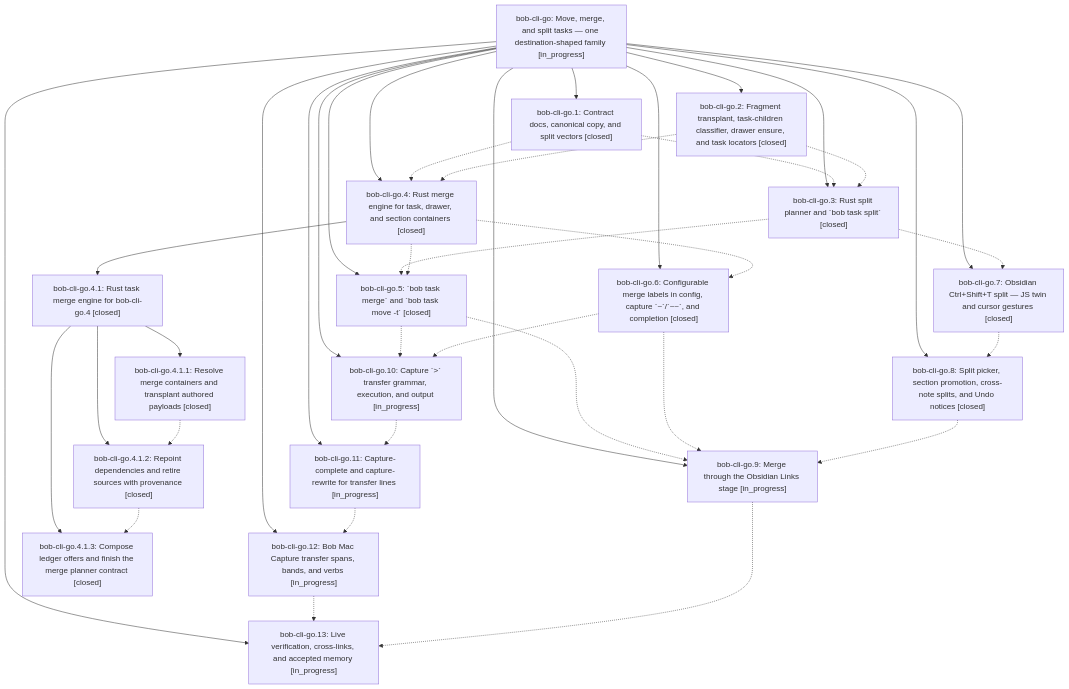
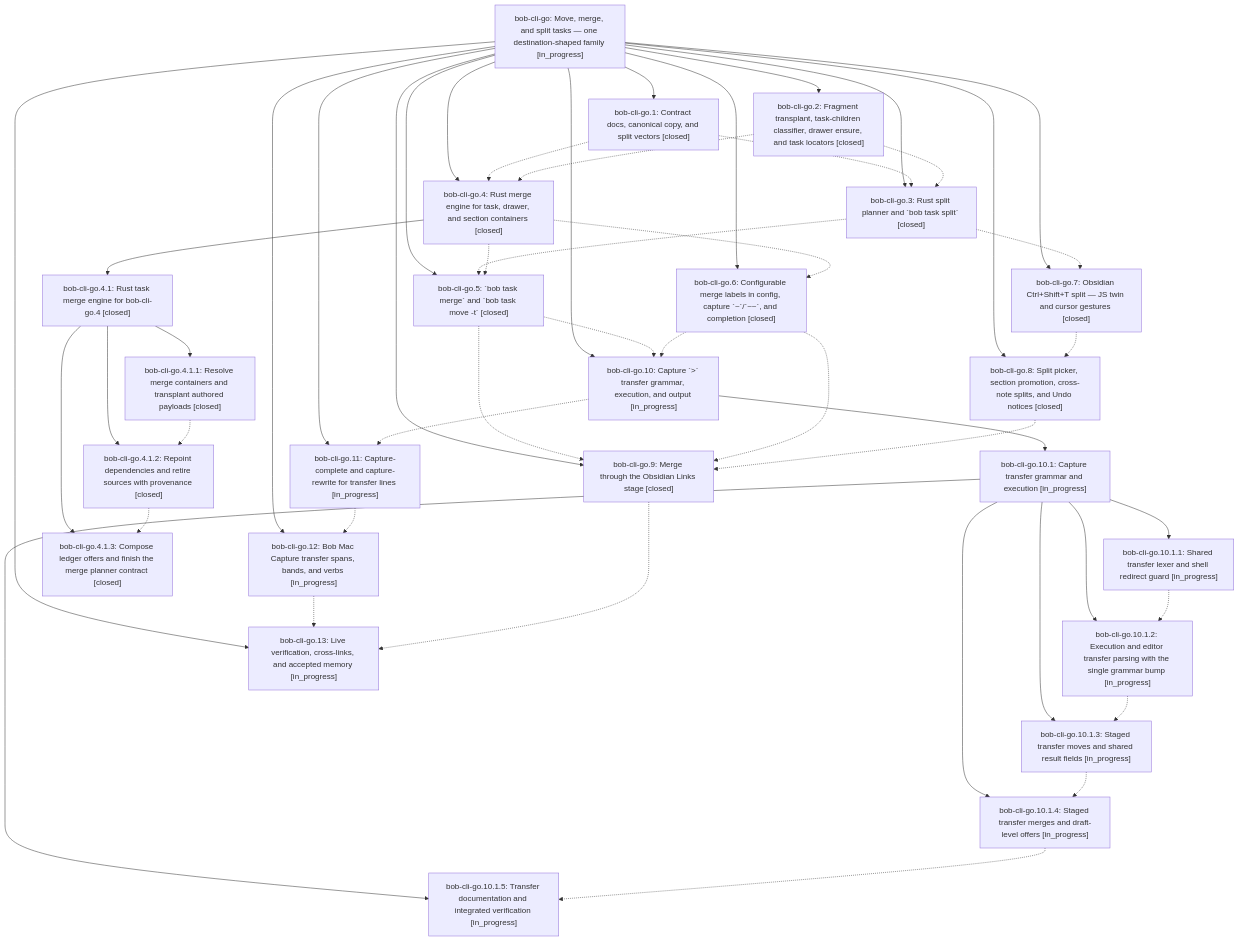
The diagram in pages/bob-cli-go/README.md (bobs-org/bob-cli--beads), drawn with Mermaid before and after one commit. The commit also changed other lines of this file and 15 other files, not shown here.

First line of the commit message:
chore(beads): sync bead state and pages for bob-cli-go

````diff
--- a/pages/bob-cli-go/README.md
+++ b/pages/bob-cli-go/README.md
@@ -64,58 +64,74 @@
 ```mermaid
 flowchart TD
     n0["bob-cli-go: Move, merge, and split tasks — one destination-shaped family [in_progress]"]
     n1["bob-cli-go.1: Contract docs, canonical copy, and split vectors [closed]"]
     n2["bob-cli-go.10: Capture `&gt;` transfer grammar, execution, and output [in_progress]"]
-    n3["bob-cli-go.11: Capture-complete and capture-rewrite for transfer lines [in_progress]"]
-    n4["bob-cli-go.12: Bob Mac Capture transfer spans, bands, and verbs [in_progress]"]
-    n5["bob-cli-go.13: Live verification, cross-links, and accepted memory [in_progress]"]
-    n6["bob-cli-go.2: Fragment transplant, task-children classifier, drawer ensure, and task locators [closed]"]
-    n7["bob-cli-go.3: Rust split planner and `bob task split` [closed]"]
-    n8["bob-cli-go.4: Rust merge engine for task, drawer, and section containers [closed]"]
-    n9["bob-cli-go.4.1: Rust task merge engine for bob-cli-go.4 [closed]"]
-    n10["bob-cli-go.4.1.1: Resolve merge containers and transplant authored payloads [closed]"]
-    n11["bob-cli-go.4.1.2: Repoint dependencies and retire sources with provenance [closed]"]
-    n12["bob-cli-go.4.1.3: Compose ledger offers and finish the merge planner contract [closed]"]
-    n13["bob-cli-go.5: `bob task merge` and `bob task move -t` [closed]"]
-    n14["bob-cli-go.6: Configurable merge labels in config, capture `~`/`~~`, and completion [closed]"]
-    n15["bob-cli-go.7: Obsidian Ctrl+Shift+T split — JS twin and cursor gestures [closed]"]
-    n16["bob-cli-go.8: Split picker, section promotion, cross-note splits, and Undo notices [closed]"]
-    n17["bob-cli-go.9: Merge through the Obsidian Links stage [in_progress]"]
+    n3["bob-cli-go.10.1: Capture transfer grammar and execution [in_progress]"]
+    n4["bob-cli-go.10.1.1: Shared transfer lexer and shell redirect guard [in_progress]"]
+    n5["bob-cli-go.10.1.2: Execution and editor transfer parsing with the single grammar bump [in_progress]"]
+    n6["bob-cli-go.10.1.3: Staged transfer moves and shared result fields [in_progress]"]
+    n7["bob-cli-go.10.1.4: Staged transfer merges and draft-level offers [in_progress]"]
+    n8["bob-cli-go.10.1.5: Transfer documentation and integrated verification [in_progress]"]
+    n9["bob-cli-go.11: Capture-complete and capture-rewrite for transfer lines [in_progress]"]
+    n10["bob-cli-go.12: Bob Mac Capture transfer spans, bands, and verbs [in_progress]"]
+    n11["bob-cli-go.13: Live verification, cross-links, and accepted memory [in_progress]"]
+    n12["bob-cli-go.2: Fragment transplant, task-children classifier, drawer ensure, and task locators [closed]"]
+    n13["bob-cli-go.3: Rust split planner and `bob task split` [closed]"]
+    n14["bob-cli-go.4: Rust merge engine for task, drawer, and section containers [closed]"]
+    n15["bob-cli-go.4.1: Rust task merge engine for bob-cli-go.4 [closed]"]
+    n16["bob-cli-go.4.1.1: Resolve merge containers and transplant authored payloads [closed]"]
+    n17["bob-cli-go.4.1.2: Repoint dependencies and retire sources with provenance [closed]"]
+    n18["bob-cli-go.4.1.3: Compose ledger offers and finish the merge planner contract [closed]"]
+    n19["bob-cli-go.5: `bob task merge` and `bob task move -t` [closed]"]
+    n20["bob-cli-go.6: Configurable merge labels in config, capture `~`/`~~`, and completion [closed]"]
+    n21["bob-cli-go.7: Obsidian Ctrl+Shift+T split — JS twin and cursor gestures [closed]"]
+    n22["bob-cli-go.8: Split picker, section promotion, cross-note splits, and Undo notices [closed]"]
+    n23["bob-cli-go.9: Merge through the Obsidian Links stage [closed]"]
     n0 --> n1
     n0 --> n2
-    n0 --> n3
-    n0 --> n4
-    n0 --> n5
-    n0 --> n6
-    n0 --> n7
-    n0 --> n8
-    n8 --> n9
-    n9 --> n10
-    n9 --> n11
-    n9 --> n12
+    n2 --> n3
+    n3 --> n4
+    n3 --> n5
+    n3 --> n6
+    n3 --> n7
+    n3 --> n8
+    n0 --> n9
+    n0 --> n10
+    n0 --> n11
+    n0 --> n12
     n0 --> n13
     n0 --> n14
-    n0 --> n15
-    n0 --> n16
-    n0 --> n17
-    n1 -.-> n7
-    n1 -.-> n8
-    n2 -.-> n3
-    n3 -.-> n4
+    n14 --> n15
+    n15 --> n16
+    n15 --> n17
+    n15 --> n18
+    n0 --> n19
+    n0 --> n20
+    n0 --> n21
+    n0 --> n22
+    n0 --> n23
+    n1 -.-> n13
+    n1 -.-> n14
+    n2 -.-> n9
     n4 -.-> n5
+    n5 -.-> n6
     n6 -.-> n7
-    n6 -.-> n8
-    n7 -.-> n13
-    n7 -.-> n15
-    n8 -.-> n13
-    n8 -.-> n14
+    n7 -.-> n8
+    n9 -.-> n10
     n10 -.-> n11
-    n11 -.-> n12
-    n13 -.-> n2
-    n13 -.-> n17
-    n14 -.-> n2
-    n14 -.-> n17
-    n15 -.-> n16
+    n12 -.-> n13
+    n12 -.-> n14
+    n13 -.-> n19
+    n13 -.-> n21
+    n14 -.-> n19
+    n14 -.-> n20
     n16 -.-> n17
-    n17 -.-> n5
+    n17 -.-> n18
+    n19 -.-> n2
+    n19 -.-> n23
+    n20 -.-> n2
+    n20 -.-> n23
+    n21 -.-> n22
+    n22 -.-> n23
+    n23 -.-> n11
 ```
````
